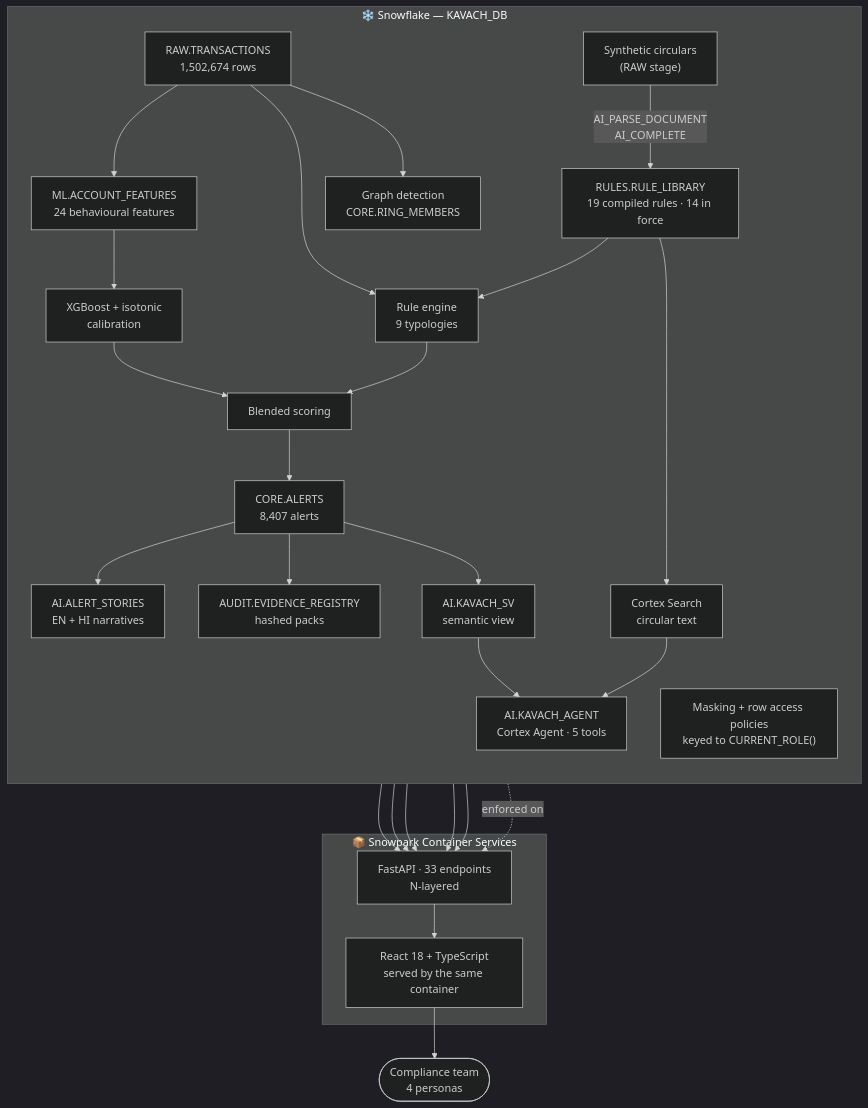
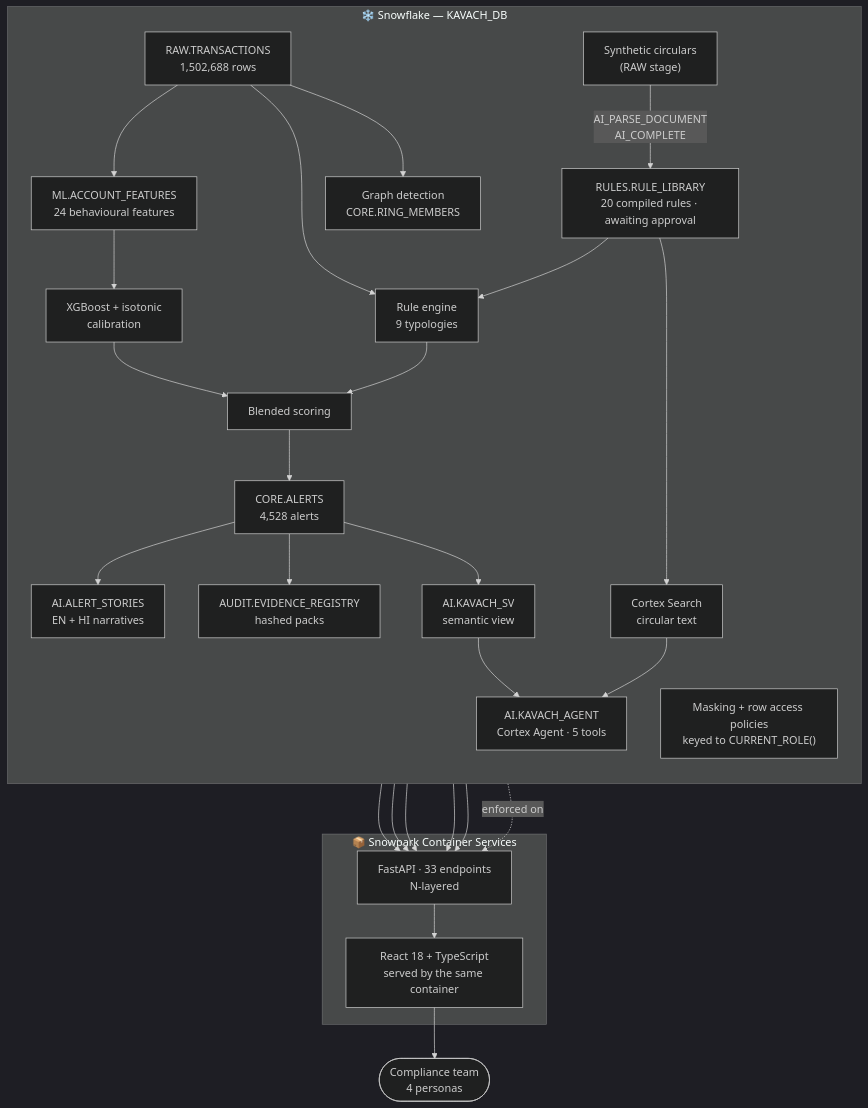
The diagram in README.md (PRATHAMAHUJA001/KAVACH), drawn with Mermaid (dark theme) before and after one commit. The commit also changed other lines of this file and 1 other file, not shown here.

````diff
--- a/README.md
+++ b/README.md
@@ -384,36 +384,36 @@
 ```mermaid
 graph TB
     subgraph SF["❄️ Snowflake — KAVACH_DB"]
         direction TB
-        CIRC["Synthetic circulars<br/>(RAW stage)"] -->|AI_PARSE_DOCUMENT<br/>AI_COMPLETE| RULES["RULES.RULE_LIBRARY<br/>19 compiled rules · 14 in force"]
-        TXN["RAW.TRANSACTIONS<br/>1,502,674 rows"] --> FEAT["ML.ACCOUNT_FEATURES<br/>24 behavioural features"]
+        CIRC["Synthetic circulars<br/>(RAW stage)"] -->|AI_PARSE_DOCUMENT<br/>AI_COMPLETE| RULES["RULES.RULE_LIBRARY<br/>20 compiled rules · awaiting approval"]
+        TXN["RAW.TRANSACTIONS<br/>1,502,688 rows"] --> FEAT["ML.ACCOUNT_FEATURES<br/>24 behavioural features"]
         FEAT --> XGB["XGBoost + isotonic<br/>calibration"]
         TXN --> ENGINE["Rule engine<br/>9 typologies"]
         RULES --> ENGINE
         XGB --> BLEND["Blended scoring"]
         ENGINE --> BLEND
-        BLEND --> ALERTS["CORE.ALERTS<br/>8,407 alerts"]
+        BLEND --> ALERTS["CORE.ALERTS<br/>4,528 alerts"]
         TXN --> GRAPH["Graph detection<br/>CORE.RING_MEMBERS"]
         ALERTS --> STORY["AI.ALERT_STORIES<br/>EN + HI narratives"]
         ALERTS --> EVID["AUDIT.EVIDENCE_REGISTRY<br/>hashed packs"]
         RULES --> SEARCH["Cortex Search<br/>circular text"]
         ALERTS --> SV["AI.KAVACH_SV<br/>semantic view"]
         SV --> AGENT["AI.KAVACH_AGENT<br/>Cortex Agent · 5 tools"]
         SEARCH --> AGENT
         MASK["Masking + row access policies<br/>keyed to CURRENT_ROLE()"]
     end
 
     subgraph SPCS["📦 Snowpark Container Services"]
         API["FastAPI · 33 endpoints<br/>N-layered"]
         UI["React 18 + TypeScript<br/>served by the same container"]
     end
 
     ALERTS --> API
     STORY --> API
     EVID --> API
     AGENT --> API
     GRAPH --> API
     MASK -.enforced on.-> API
     API --> UI
     UI --> USER(["Compliance team<br/>4 personas"])
 ```
````
